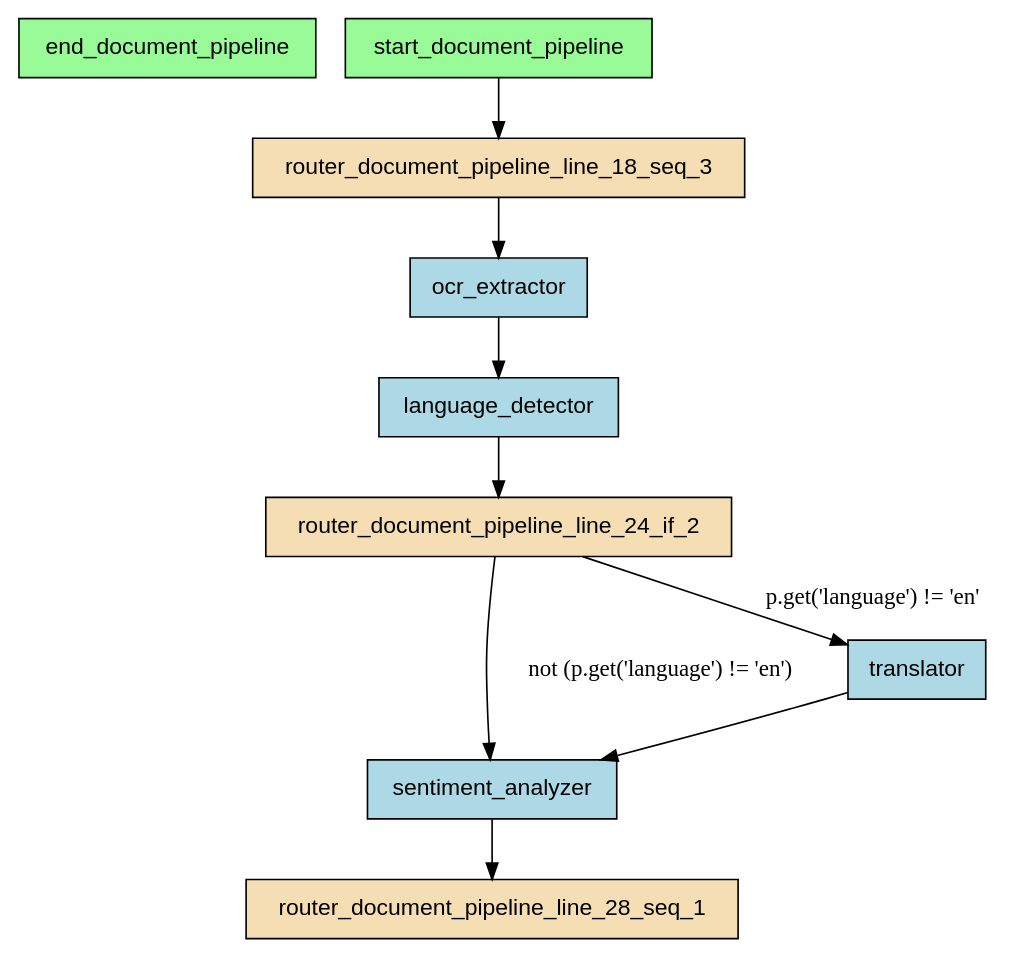
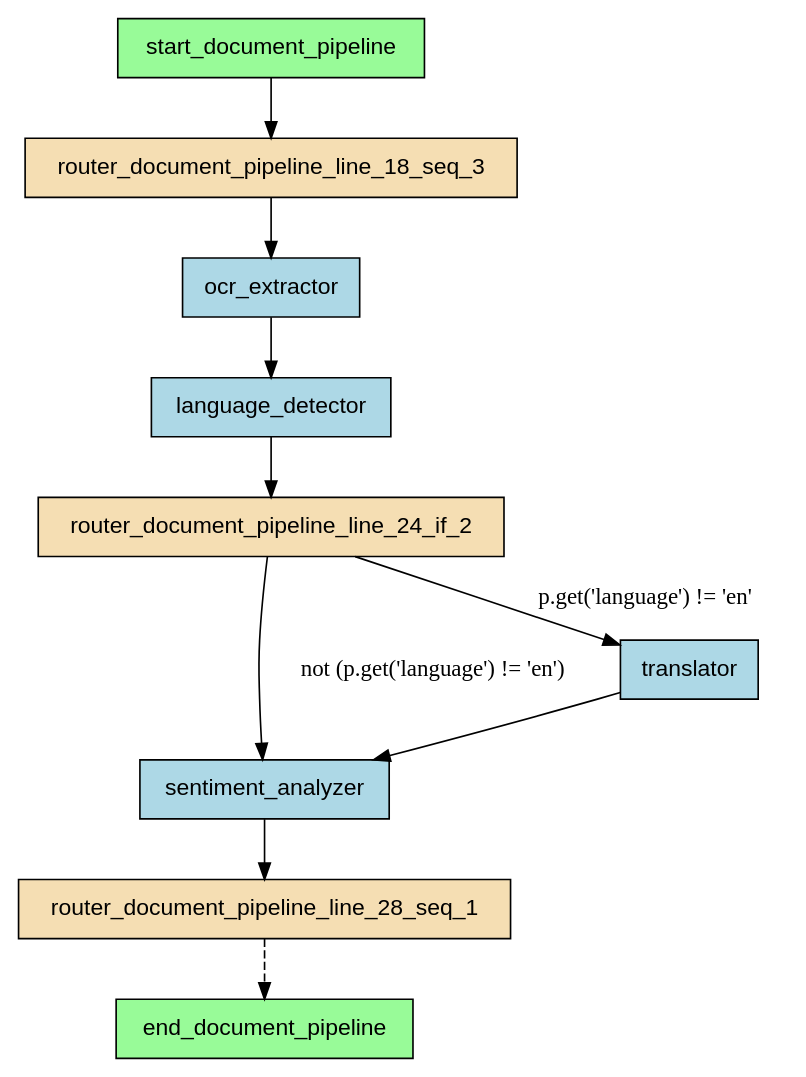
The diagram in examples/flows/compiled/with_asyncio_timeout/flow.dot (deliveryhero/asya), drawn with Graphviz before and after one commit. The commit also changed 183 other files, not shown here.

```diff
--- a/examples/flows/compiled/with_asyncio_timeout/flow.dot
+++ b/examples/flows/compiled/with_asyncio_timeout/flow.dot
@@ -1,23 +1,24 @@
 digraph "with_asyncio_timeout" {
     rankdir=TB;
     node [shape=box, style=filled, fontname="Helvetica"];
 
     end_document_pipeline [label="end_document_pipeline", fillcolor=palegreen];
     language_detector [label="language_detector", fillcolor=lightblue];
     ocr_extractor [label="ocr_extractor", fillcolor=lightblue];
     router_document_pipeline_line_18_seq_3 [label="router_document_pipeline_line_18_seq_3", fillcolor=wheat];
     router_document_pipeline_line_24_if_2 [label="router_document_pipeline_line_24_if_2", fillcolor=wheat];
     router_document_pipeline_line_28_seq_1 [label="router_document_pipeline_line_28_seq_1", fillcolor=wheat];
     sentiment_analyzer [label="sentiment_analyzer", fillcolor=lightblue];
     start_document_pipeline [label="start_document_pipeline", fillcolor=palegreen];
     translator [label="translator", fillcolor=lightblue];
 
     start_document_pipeline -> router_document_pipeline_line_18_seq_3;
+    router_document_pipeline_line_28_seq_1 -> end_document_pipeline [style=dashed];
     router_document_pipeline_line_24_if_2 -> translator [label="p.get('language') != 'en'"];
     translator -> sentiment_analyzer;
     sentiment_analyzer -> router_document_pipeline_line_28_seq_1;
     router_document_pipeline_line_24_if_2 -> sentiment_analyzer [label="not (p.get('language') != 'en')"];
     router_document_pipeline_line_18_seq_3 -> ocr_extractor;
     ocr_extractor -> language_detector;
     language_detector -> router_document_pipeline_line_24_if_2;
 }
```
